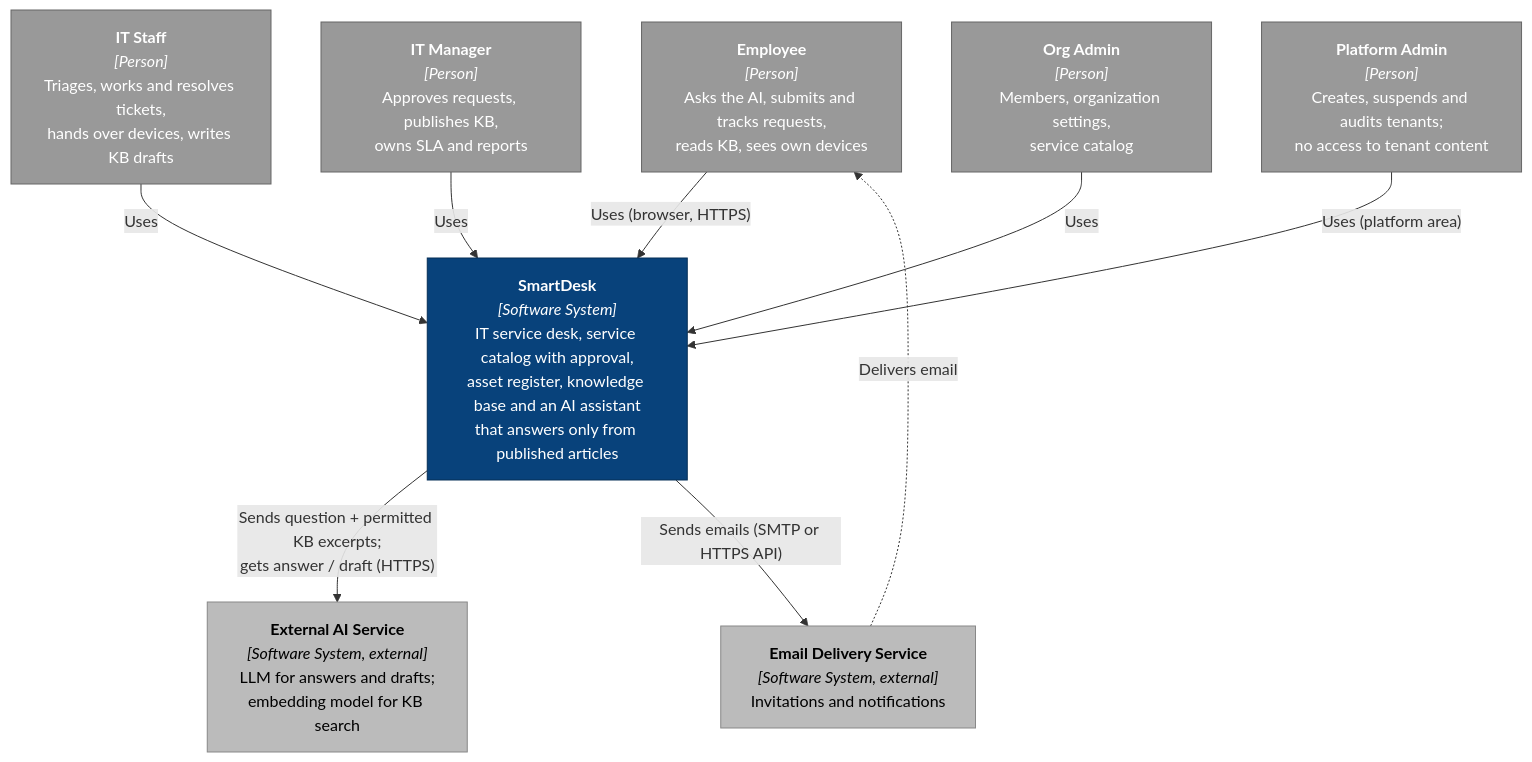
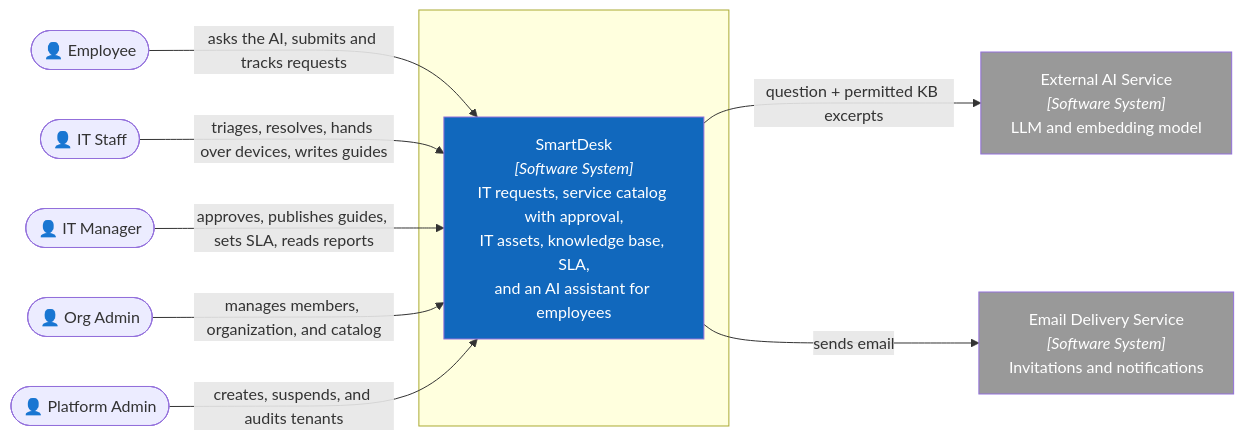
One commit to cuonglpv/SmartDesk changed the diagram in docs/architecture/c4/01-system-context.md. Above: the diagram before and after it, drawn with Mermaid. The commit also changed other lines of this file and 9 other files, not shown here.

First line of the commit message:
Present architecture docs in the sample repository's layout

````diff
--- a/docs/architecture/c4/01-system-context.md
+++ b/docs/architecture/c4/01-system-context.md
@@ -7,31 +5,27 @@
 ```mermaid
-flowchart TB
-    emp["<b>Employee</b><br/><i>[Person]</i><br/>Asks the AI, submits and tracks requests,<br/>reads KB, sees own devices"]
-    it["<b>IT Staff</b><br/><i>[Person]</i><br/>Triages, works and resolves tickets,<br/>hands over devices, writes KB drafts"]
-    mgr["<b>IT Manager</b><br/><i>[Person]</i><br/>Approves requests, publishes KB,<br/>owns SLA and reports"]
-    org["<b>Org Admin</b><br/><i>[Person]</i><br/>Members, organization settings,<br/>service catalog"]
-    plat["<b>Platform Admin</b><br/><i>[Person]</i><br/>Creates, suspends and audits tenants;<br/>no access to tenant content"]
+flowchart LR
+    employee(["👤 Employee"])
+    itstaff(["👤 IT Staff"])
+    manager(["👤 IT Manager"])
+    orgadmin(["👤 Org Admin"])
+    platform(["👤 Platform Admin"])
 
-    sd["<b>SmartDesk</b><br/><i>[Software System]</i><br/>IT service desk, service catalog with approval,<br/>asset register, knowledge base and an AI assistant<br/>that answers only from published articles"]
+    subgraph boundary[" "]
+        smartdesk["SmartDesk<br/><i>[Software System]</i><br/>IT requests, service catalog with approval,<br/>IT assets, knowledge base, SLA,<br/>and an AI assistant for employees"]
+    end
 
-    ai["<b>External AI Service</b><br/><i>[Software System, external]</i><br/>LLM for answers and drafts;<br/>embedding model for KB search"]
-    mail["<b>Email Delivery Service</b><br/><i>[Software System, external]</i><br/>Invitations and notifications"]
+    ai["External AI Service<br/><i>[Software System]</i><br/>LLM and embedding model"]
+    mail["Email Delivery Service<br/><i>[Software System]</i><br/>Invitations and notifications"]
 
-    emp -- "Uses (browser, HTTPS)" --> sd
-    it -- "Uses" --> sd
-    mgr -- "Uses" --> sd
-    org -- "Uses" --> sd
-    plat -- "Uses (platform area)" --> sd
-    sd -- "Sends question + permitted KB excerpts;<br/>gets answer / draft (HTTPS)" --> ai
-    sd -- "Sends emails (SMTP or HTTPS API)" --> mail
-    mail -. "Delivers email" .-> emp
+    employee -- "asks the AI, submits and tracks requests" --> smartdesk
+    itstaff -- "triages, resolves, hands over devices, writes guides" --> smartdesk
+    manager -- "approves, publishes guides, sets SLA, reads reports" --> smartdesk
+    orgadmin -- "manages members, organization, and catalog" --> smartdesk
+    platform -- "creates, suspends, and audits tenants" --> smartdesk
+    smartdesk -- "question + permitted KB excerpts" --> ai
+    smartdesk -- "sends email" --> mail
 
-    style sd fill:#08427b,color:#fff,stroke:#052e56
-    style emp fill:#999,color:#fff,stroke:#666
-    style it fill:#999,color:#fff,stroke:#666
-    style mgr fill:#999,color:#fff,stroke:#666
-    style org fill:#999,color:#fff,stroke:#666
-    style plat fill:#999,color:#fff,stroke:#666
-    style ai fill:#bbb,color:#000,stroke:#888
-    style mail fill:#bbb,color:#000,stroke:#888
+    style smartdesk fill:#1168bd,color:#fff
+    style ai fill:#999,color:#fff
+    style mail fill:#999,color:#fff
 ```
````
